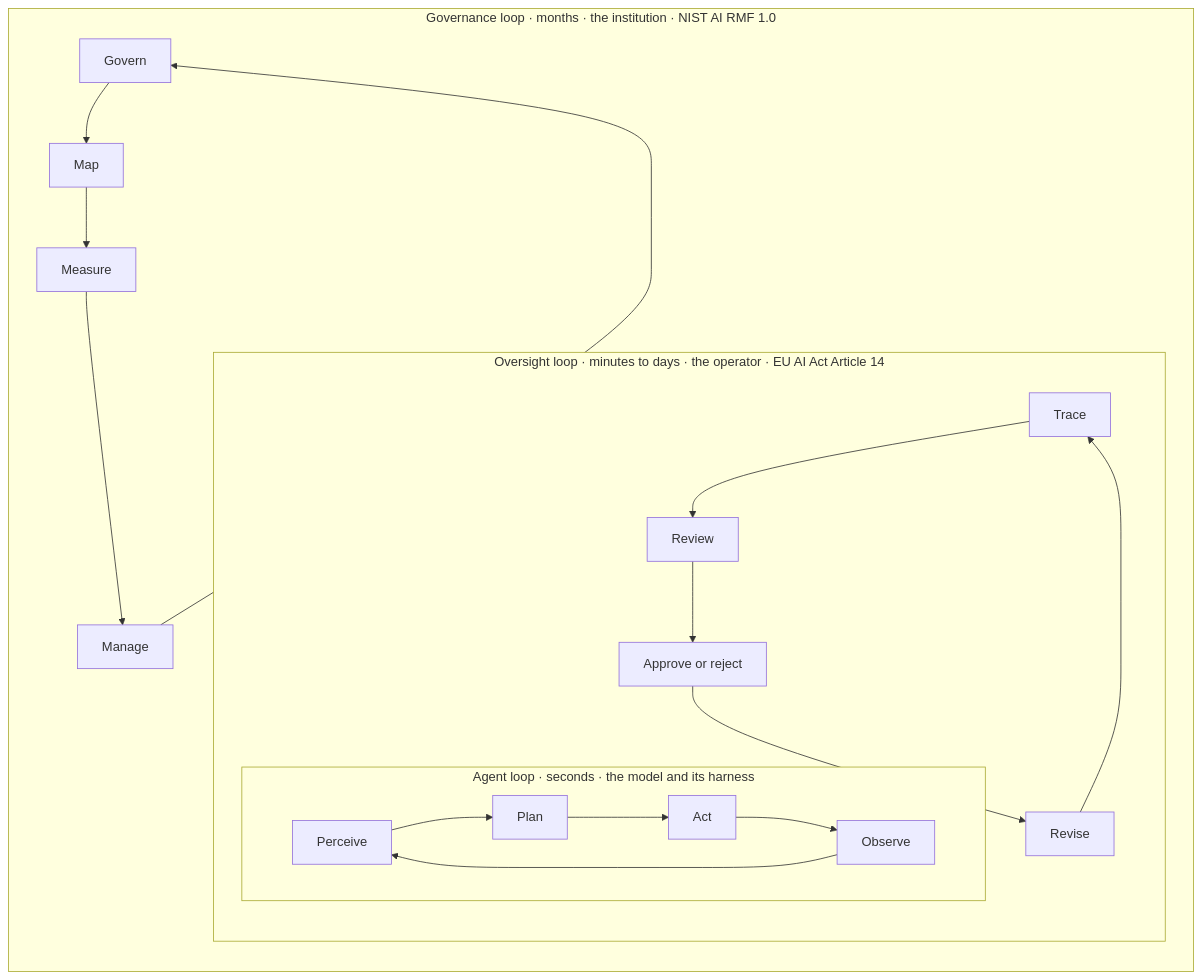
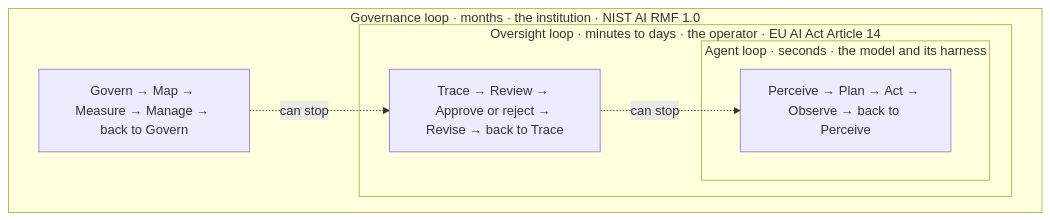
Before and after one commit to tyson-swetnam/AI-Automation-and-Agents: the second of 2 diagrams in docs/guest-lectures/agentic-ai-loops.md, drawn with Mermaid. The commit also changed other lines of this file and 7 other files, not shown here.

````diff
--- a/docs/guest-lectures/agentic-ai-loops.md
+++ b/docs/guest-lectures/agentic-ai-loops.md
@@ -155,15 +226,14 @@
 ```mermaid
 flowchart TB
     subgraph G["Governance loop · months · the institution · NIST AI RMF 1.0"]
-        direction TB
-        g1["Govern"] --> g2["Map"] --> g3["Measure"] --> g4["Manage"] --> g1
+        g0["Govern → Map → Measure → Manage → back to Govern"]
         subgraph O["Oversight loop · minutes to days · the operator · EU AI Act Article 14"]
-            direction TB
-            o1["Trace"] --> o2["Review"] --> o3["Approve or reject"] --> o4["Revise"] --> o1
+            o0["Trace → Review → Approve or reject → Revise → back to Trace"]
             subgraph A["Agent loop · seconds · the model and its harness"]
-                direction LR
-                a1["Perceive"] --> a2["Plan"] --> a3["Act"] --> a4["Observe"] --> a1
+                a0["Perceive → Plan → Act → Observe → back to Perceive"]
             end
         end
     end
+    g0 -. "can stop" .-> o0
+    o0 -. "can stop" .-> a0
 ```
````
